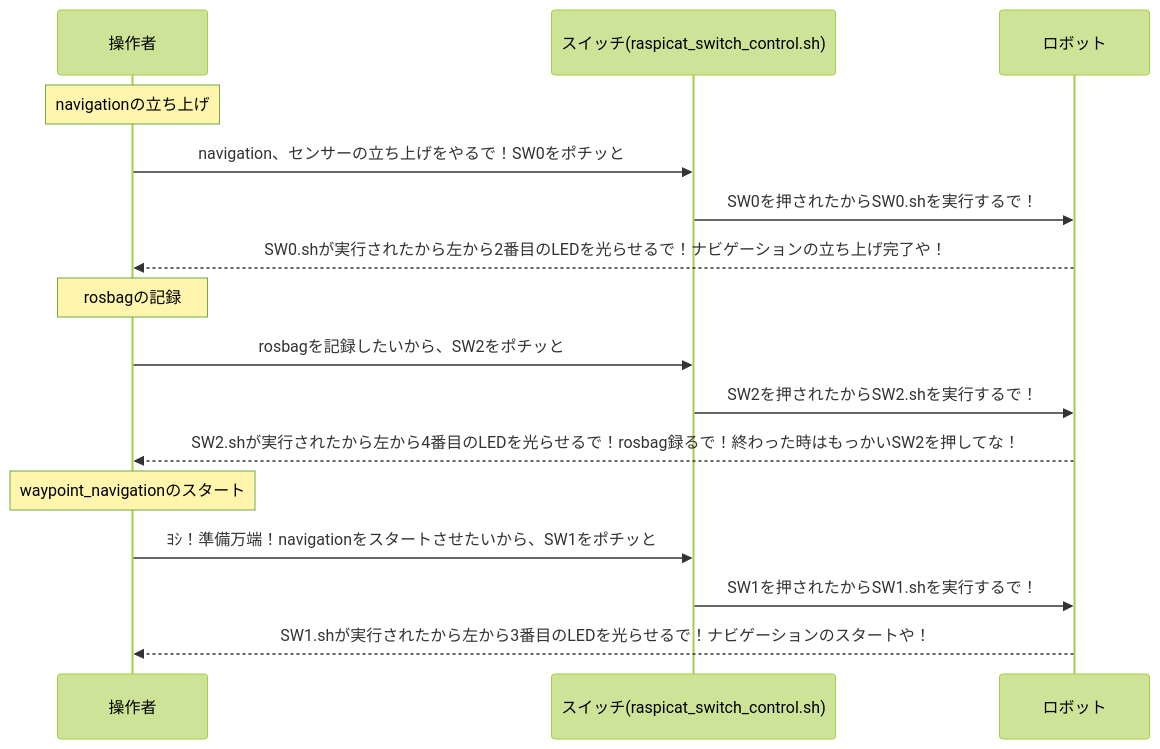
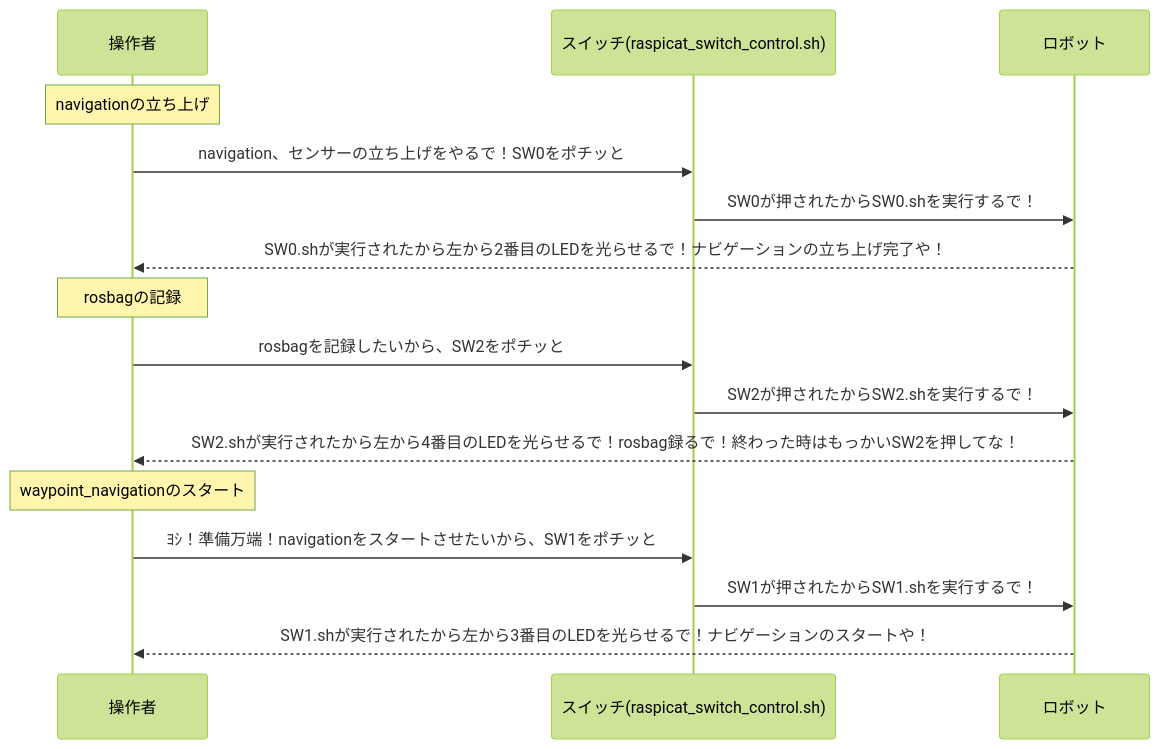
Before and after one commit to uhobeike/raspicat_switch_control: the diagram in README.md, drawn with Mermaid (forest theme). The commit also changed other lines of this file, not shown here.

````diff
--- a/README.md
+++ b/README.md
@@ -49,17 +50,17 @@
 ```mermaid
 sequenceDiagram
     Note over　操作者: navigationの立ち上げ
     操作者->> スイッチ(raspicat_switch_control.sh): navigation、センサーの立ち上げをやるで！SW0をポチッと
-    スイッチ(raspicat_switch_control.sh)->> ロボット: SW0を押されたからSW0.shを実行するで！
+    スイッチ(raspicat_switch_control.sh)->> ロボット: SW0が押されたからSW0.shを実行するで！
     ロボット-->>操作者: SW0.shが実行されたから左から2番目のLEDを光らせるで！ナビゲーションの立ち上げ完了や！
     
     Note over　操作者: rosbagの記録
     操作者->> スイッチ(raspicat_switch_control.sh): rosbagを記録したいから、SW2をポチッと
-    スイッチ(raspicat_switch_control.sh)->> ロボット: SW2を押されたからSW2.shを実行するで！
+    スイッチ(raspicat_switch_control.sh)->> ロボット: SW2が押されたからSW2.shを実行するで！
     ロボット-->>操作者: SW2.shが実行されたから左から4番目のLEDを光らせるで！rosbag録るで！終わった時はもっかいSW2を押してな！
     
     Note over　操作者: waypoint_navigationのスタート
     操作者->> スイッチ(raspicat_switch_control.sh): ﾖｼ！準備万端！navigationをスタートさせたいから、SW1をポチッと
-    スイッチ(raspicat_switch_control.sh)->> ロボット: SW1を押されたからSW1.shを実行するで！
+    スイッチ(raspicat_switch_control.sh)->> ロボット: SW1が押されたからSW1.shを実行するで！
     ロボット-->>操作者: SW1.shが実行されたから左から3番目のLEDを光らせるで！ナビゲーションのスタートや！
 ```
````
